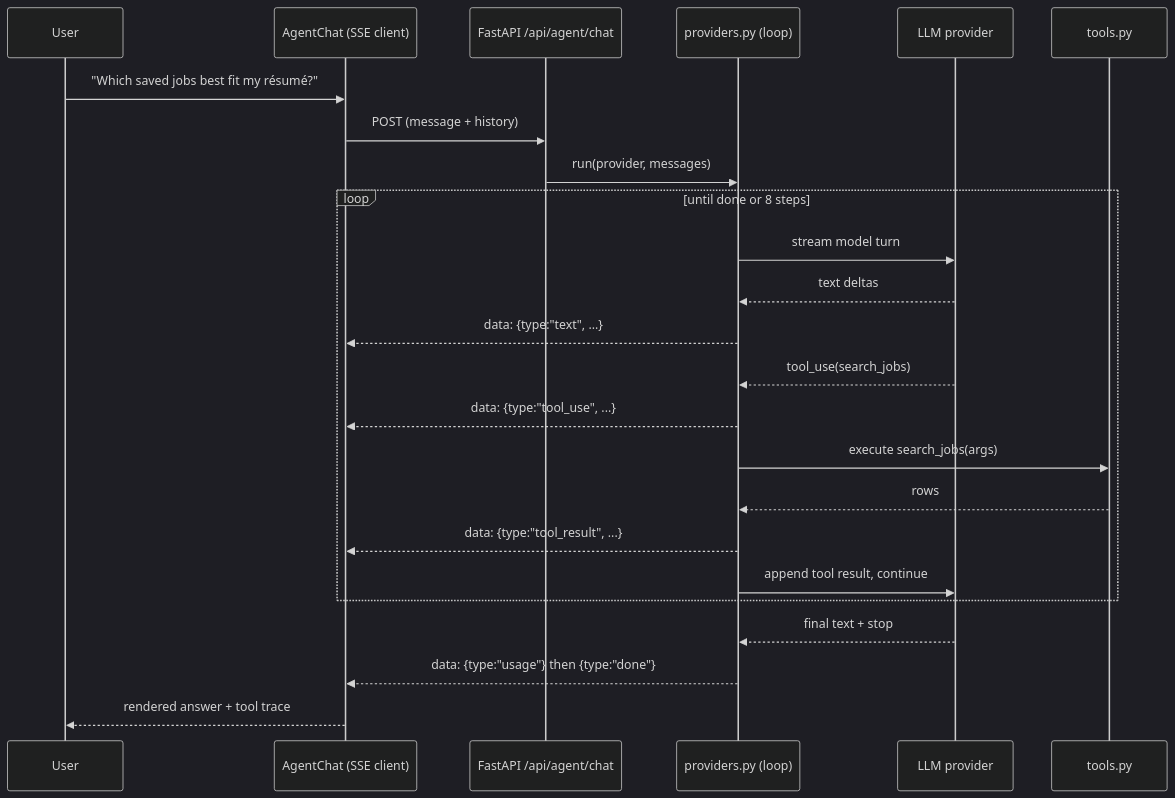
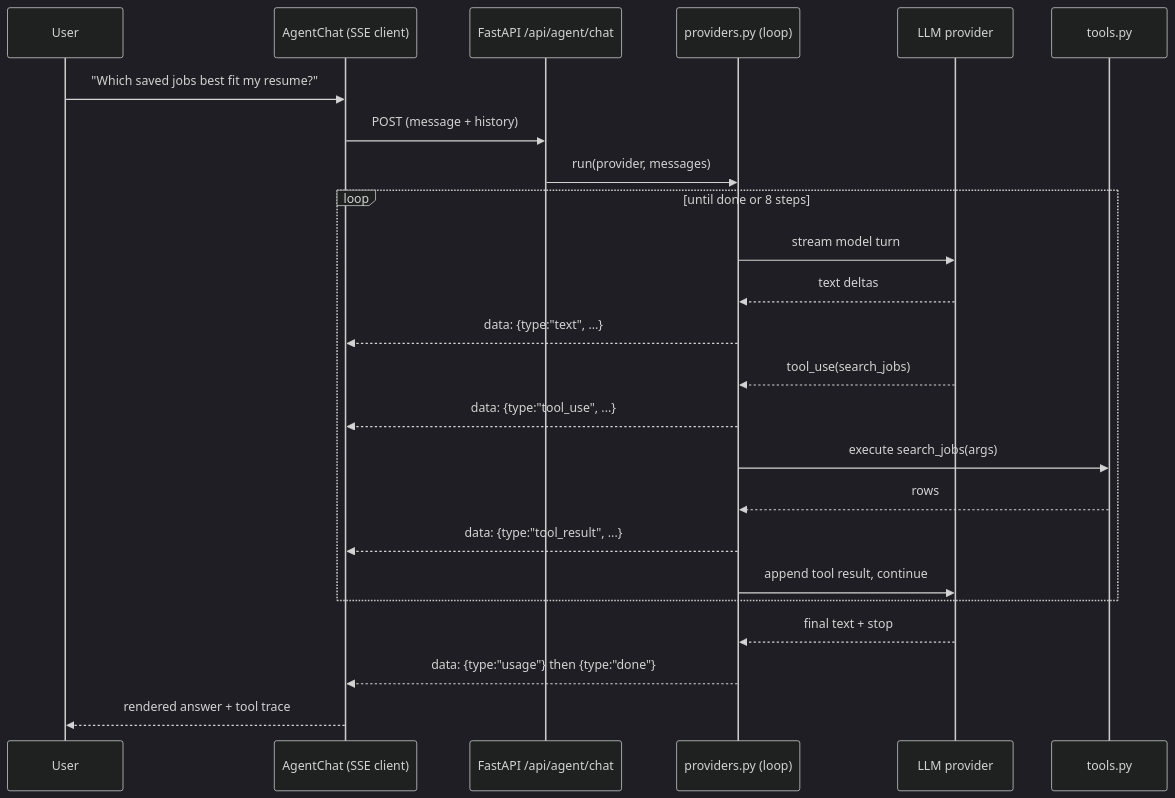
Before and after one commit to gcheruku/jobtracker: the second of 2 diagrams in docs/AI-Agent.md, drawn with Mermaid (dark theme). The commit also changed other lines of this file and 12 other files, not shown here.

First line of the commit message:
docs: drop accents on "resume" (resume, not résumé)

````diff
--- a/docs/AI-Agent.md
+++ b/docs/AI-Agent.md
@@ -52,27 +52,27 @@
 ```mermaid
 sequenceDiagram
     participant U as User
     participant FE as AgentChat (SSE client)
     participant API as FastAPI /api/agent/chat
     participant P as providers.py (loop)
     participant M as LLM provider
     participant T as tools.py
 
-    U->>FE: "Which saved jobs best fit my résumé?"
+    U->>FE: "Which saved jobs best fit my resume?"
     FE->>API: POST (message + history)
     API->>P: run(provider, messages)
     loop until done or 8 steps
         P->>M: stream model turn
         M-->>P: text deltas
         P-->>FE: data: {type:"text", ...}
         M-->>P: tool_use(search_jobs)
         P-->>FE: data: {type:"tool_use", ...}
         P->>T: execute search_jobs(args)
         T-->>P: rows
         P-->>FE: data: {type:"tool_result", ...}
         P->>M: append tool result, continue
     end
     M-->>P: final text + stop
     P-->>FE: data: {type:"usage"} then {type:"done"}
     FE-->>U: rendered answer + tool trace
 ```
````
